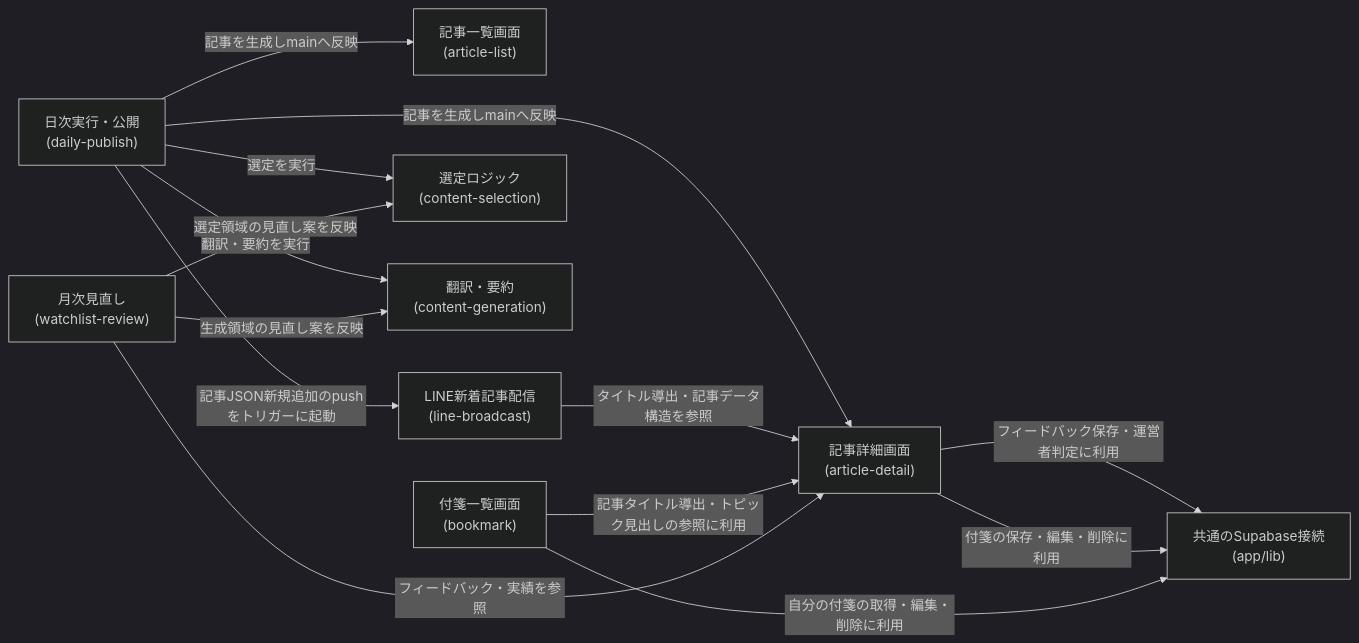
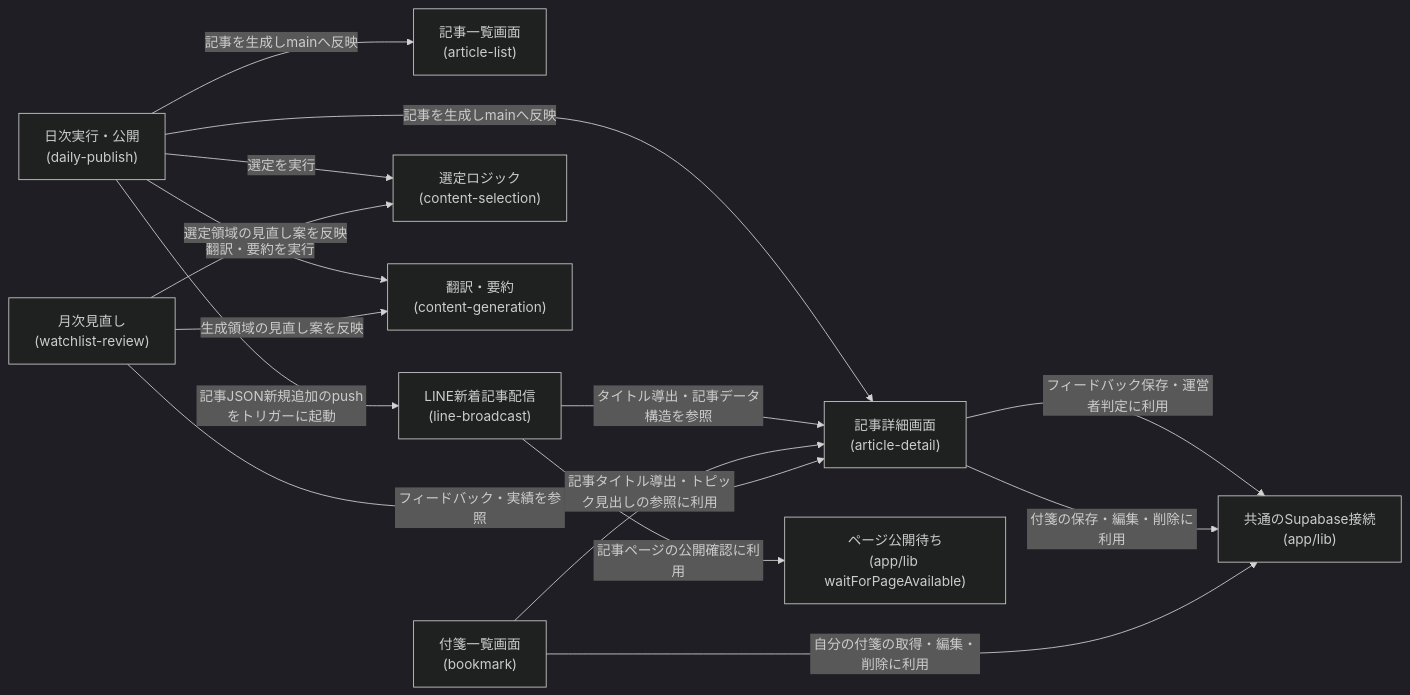
Before and after one commit to zakiyama0108/benriyatool: the fifth of 6 diagrams in specs/ai-dev-digest/architecture.md, drawn with Mermaid (dark theme). The commit also changed other lines of this file and 11 other files, not shown here.

````diff
--- a/specs/ai-dev-digest/architecture.md
+++ b/specs/ai-dev-digest/architecture.md
@@ -129,26 +130,28 @@
 ```mermaid
 flowchart LR
     listScreen["記事一覧画面<br>(article-list)"]
     detailScreen["記事詳細画面<br>(article-detail)"]
     bookmarkScreen["付箋一覧画面<br>(bookmark)"]
     selection["選定ロジック<br>(content-selection)"]
     generation["翻訳・要約<br>(content-generation)"]
     publish["日次実行・公開<br>(daily-publish)"]
     broadcast["LINE新着記事配信<br>(line-broadcast)"]
     review["月次見直し<br>(watchlist-review)"]
     client["共通のSupabase接続<br>(app/lib)"]
+    pageWait["ページ公開待ち<br>(app/lib waitForPageAvailable)"]
 
     publish -->|選定を実行| selection
     publish -->|翻訳・要約を実行| generation
     publish -->|記事を生成しmainへ反映| listScreen
     publish -->|記事を生成しmainへ反映| detailScreen
     publish -->|記事JSON新規追加のpushをトリガーに起動| broadcast
     broadcast -->|タイトル導出・記事データ構造を参照| detailScreen
+    broadcast -->|記事ページの公開確認に利用| pageWait
     detailScreen -->|フィードバック保存・運営者判定に利用| client
     detailScreen -->|付箋の保存・編集・削除に利用| client
     bookmarkScreen -->|自分の付箋の取得・編集・削除に利用| client
     bookmarkScreen -->|記事タイトル導出・トピック見出しの参照に利用| detailScreen
     review -->|フィードバック・実績を参照| detailScreen
     review -->|選定領域の見直し案を反映| selection
     review -->|生成領域の見直し案を反映| generation
 ```
````
